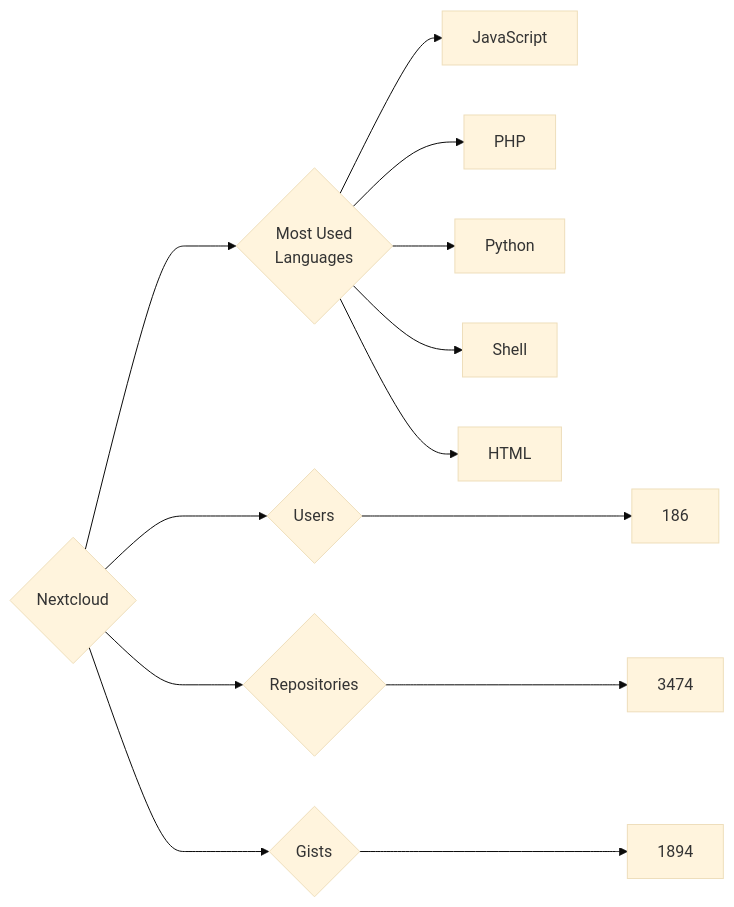
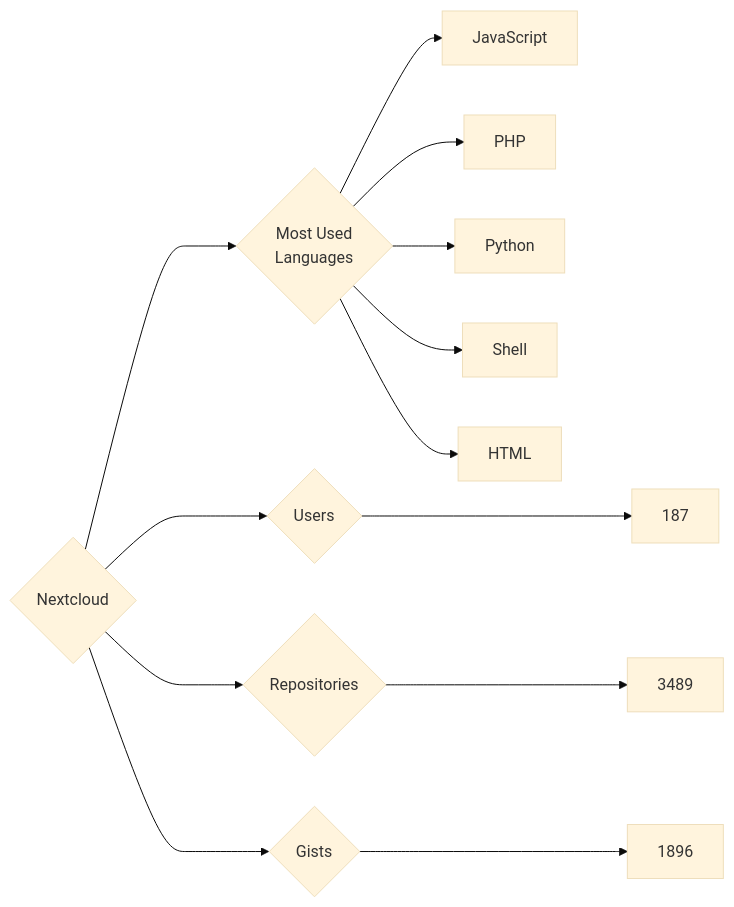
One commit to trickest/insiders changed the diagram in targets/Nextcloud/README.md. Above: the diagram before and after it, drawn with Mermaid (base theme). The commit also changed 877 other files, not shown here.

````diff
--- a/targets/Nextcloud/README.md
+++ b/targets/Nextcloud/README.md
@@ -3,13 +3,13 @@
 ```mermaid
 graph LR
 COMPANY_NAME{Nextcloud}
-COMPANY_NAME ---> U{Users} ---> UN[186]
-COMPANY_NAME ---> R{Repositories} ---> RN[3474]
-COMPANY_NAME ---> G{Gists} ---> GN[1894]
+COMPANY_NAME ---> U{Users} ---> UN[187]
+COMPANY_NAME ---> R{Repositories} ---> RN[3489]
+COMPANY_NAME ---> G{Gists} ---> GN[1896]
 COMPANY_NAME ---> ML{Most Used<br>Languages}
 ML --> JavaScript[JavaScript]
 ML --> PHP[PHP]
 ML --> Python[Python]
 ML --> Shell[Shell]
 ML --> HTML[HTML]
 ```
````
